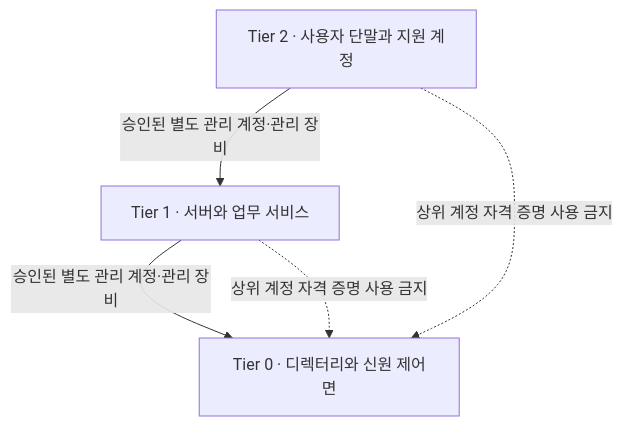
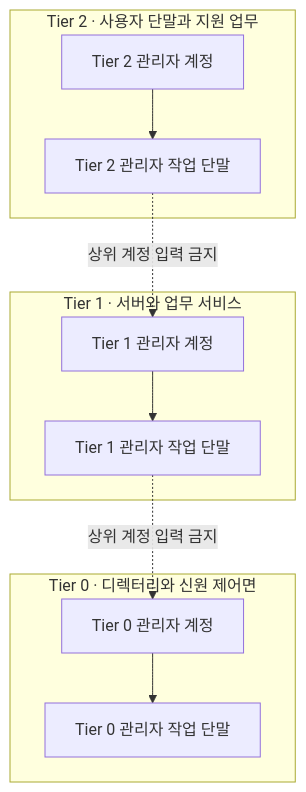
Before and after one commit to yoonip/engineering-notes: the diagram in 사이버보안과시스템방어_cybersecurity/20-기업계정과관리자권한_enterprise-identity.md, drawn with Mermaid. The commit also changed other lines of this file and 5 other files, not shown here.

````diff
--- a/사이버보안과시스템방어_cybersecurity/20-기업계정과관리자권한_enterprise-identity.md
+++ b/사이버보안과시스템방어_cybersecurity/20-기업계정과관리자권한_enterprise-identity.md
@@ -11,10 +11,14 @@
 ```mermaid
 flowchart TB
-  T2["Tier 2 · 사용자 단말과 지원 계정"]
-  T1["Tier 1 · 서버와 업무 서비스"]
-  T0["Tier 0 · 디렉터리와 신원 제어면"]
-  T2 -->|"승인된 별도 관리 계정·관리 장비"| T1
-  T1 -->|"승인된 별도 관리 계정·관리 장비"| T0
-  T2 -. "상위 계정 자격 증명 사용 금지" .-> T0
-  T1 -. "상위 계정 자격 증명 사용 금지" .-> T0
+  subgraph T2["Tier 2 · 사용자 단말과 지원 업무"]
+    T2A["Tier 2 관리자 계정"] --> T2P["Tier 2 관리자 작업 단말"]
+  end
+  subgraph T1["Tier 1 · 서버와 업무 서비스"]
+    T1A["Tier 1 관리자 계정"] --> T1P["Tier 1 관리자 작업 단말"]
+  end
+  subgraph T0["Tier 0 · 디렉터리와 신원 제어면"]
+    T0A["Tier 0 관리자 계정"] --> T0P["Tier 0 관리자 작업 단말"]
+  end
+  T2P -. "상위 계정 입력 금지" .-> T1A
+  T1P -. "상위 계정 입력 금지" .-> T0A
 ```
````
